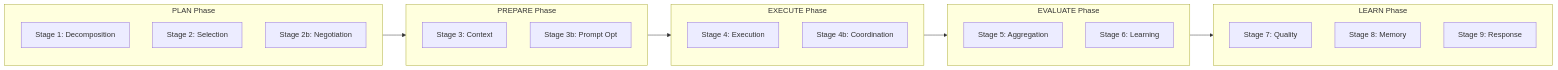
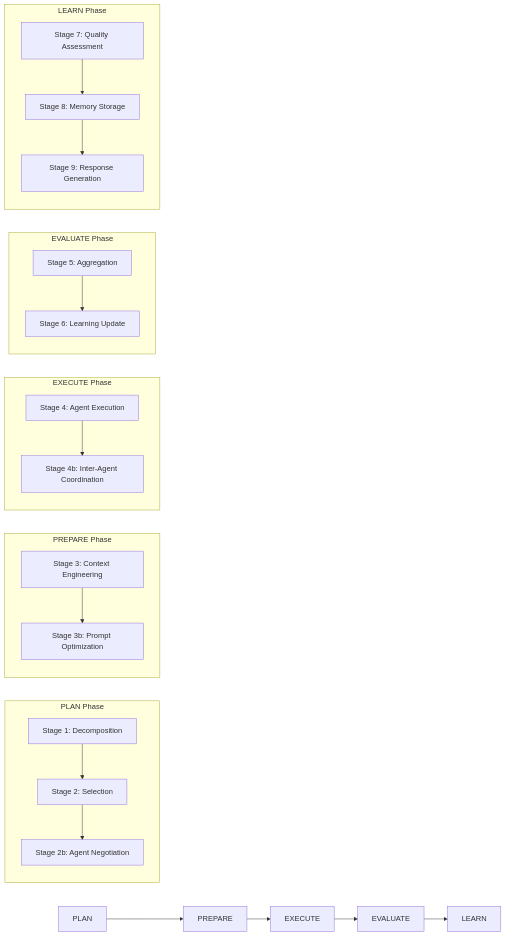
One commit to AutomatosAI/automatos-ai changed the second of 3 diagrams in docs/workflows-recipes/workflow-pipeline-architecture.md. Above: the diagram before and after it, drawn with Mermaid. The commit also changed other lines of this file and 191 other files, not shown here.

````diff
--- a/docs/workflows-recipes/workflow-pipeline-architecture.md
+++ b/docs/workflows-recipes/workflow-pipeline-architecture.md
@@ -92,34 +88,29 @@
 ```mermaid
 graph LR
-    subgraph PLAN["PLAN Phase"]
-        S1["Stage 1: Decomposition"]
-        S2["Stage 2: Selection"]
-        S2b["Stage 2b: Negotiation"]
+    subgraph "PLAN Phase"
+        P1[""Stage 1: Decomposition""] --> P2[""Stage 2: Selection""]
+        P2 --> P2b[""Stage 2b: Agent Negotiation""]
     end
     
-    subgraph PREPARE["PREPARE Phase"]
-        S3["Stage 3: Context"]
-        S3b["Stage 3b: Prompt Opt"]
+    subgraph "PREPARE Phase"
+        P3[""Stage 3: Context Engineering""] --> P3b[""Stage 3b: Prompt Optimization""]
     end
     
-    subgraph EXECUTE["EXECUTE Phase"]
-        S4["Stage 4: Execution"]
-        S4b["Stage 4b: Coordination"]
+    subgraph "EXECUTE Phase"
+        P4[""Stage 4: Agent Execution""] --> P4b[""Stage 4b: Inter-Agent Coordination""]
     end
     
-    subgraph EVALUATE["EVALUATE Phase"]
-        S5["Stage 5: Aggregation"]
-        S6["Stage 6: Learning"]
+    subgraph "EVALUATE Phase"
+        P5[""Stage 5: Aggregation""] --> P6[""Stage 6: Learning Update""]
     end
     
-    subgraph LEARN["LEARN Phase"]
-        S7["Stage 7: Quality"]
-        S8["Stage 8: Memory"]
-        S9["Stage 9: Response"]
+    subgraph "LEARN Phase"
+        P7[""Stage 7: Quality Assessment""] --> P8[""Stage 8: Memory Storage""]
+        P8 --> P9[""Stage 9: Response Generation""]
     end
     
     PLAN --> PREPARE
     PREPARE --> EXECUTE
     EXECUTE --> EVALUATE
     EVALUATE --> LEARN
 ```
````
